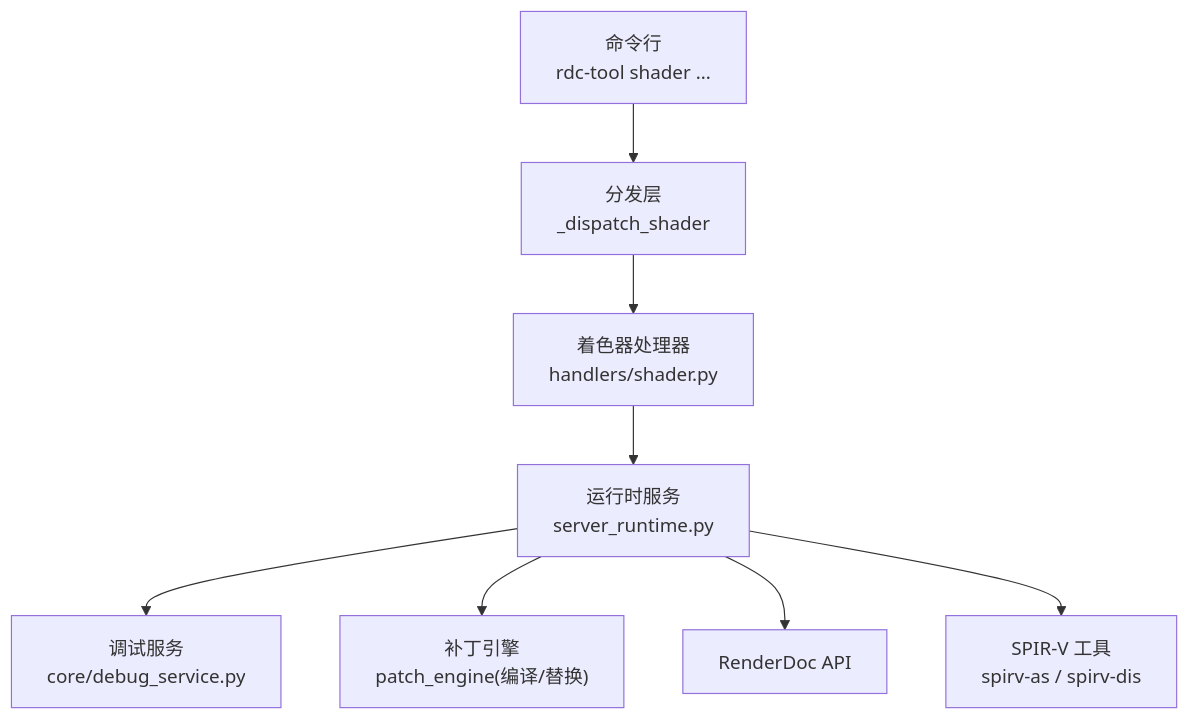
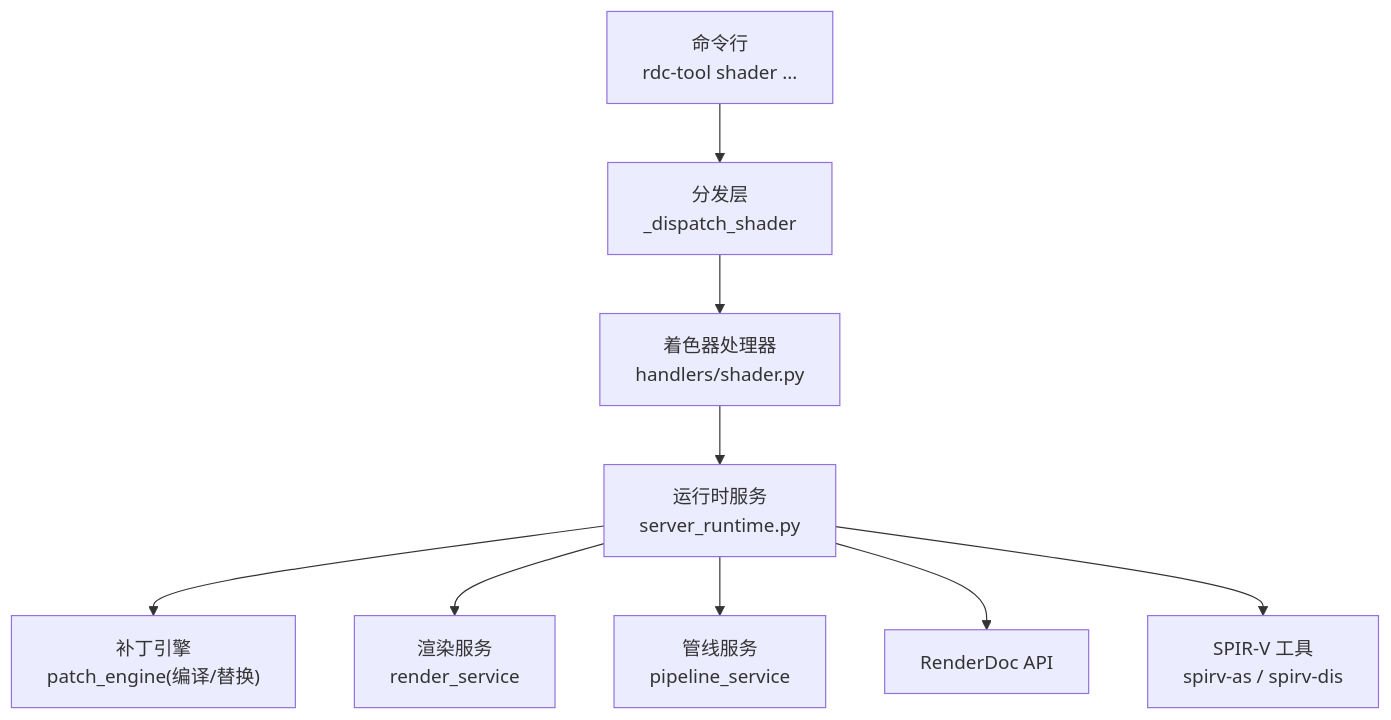
Before and after one commit to haolange/RDC-Tool: the first of 8 diagrams in .qoder/repowiki/zh/content/CLI参考手册/着色器调试命令.md, drawn with Mermaid. The commit also changed other lines of this file and 79 other files, not shown here.

````diff
--- a/.qoder/repowiki/zh/content/CLI参考手册/着色器调试命令.md
+++ b/.qoder/repowiki/zh/content/CLI参考手册/着色器调试命令.md
@@ -40,10 +41,11 @@
 ```mermaid
 graph TB
 CLI["命令行<br/>rdc-tool shader ..."] --> Dispatch["分发层<br/>_dispatch_shader"]
 Dispatch --> Handler["着色器处理器<br/>handlers/shader.py"]
 Handler --> Runtime["运行时服务<br/>server_runtime.py"]
-Runtime --> DebugSvc["调试服务<br/>core/debug_service.py"]
 Runtime --> PatchEng["补丁引擎<br/>patch_engine(编译/替换)"]
+Runtime --> RenderSvc["渲染服务<br/>render_service"]
+Runtime --> PipelineSvc["管线服务<br/>pipeline_service"]
 Runtime --> RD["RenderDoc API"]
 Runtime --> SPIRV["SPIR-V 工具<br/>spirv-as / spirv-dis"]
 ```
````
